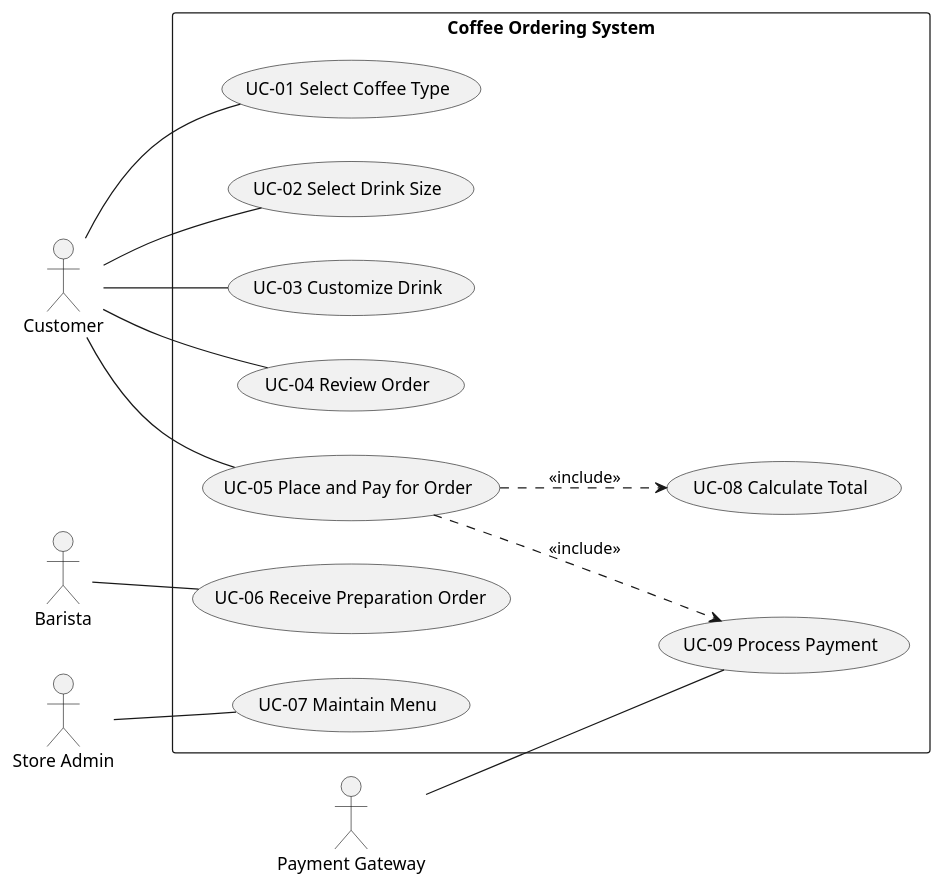
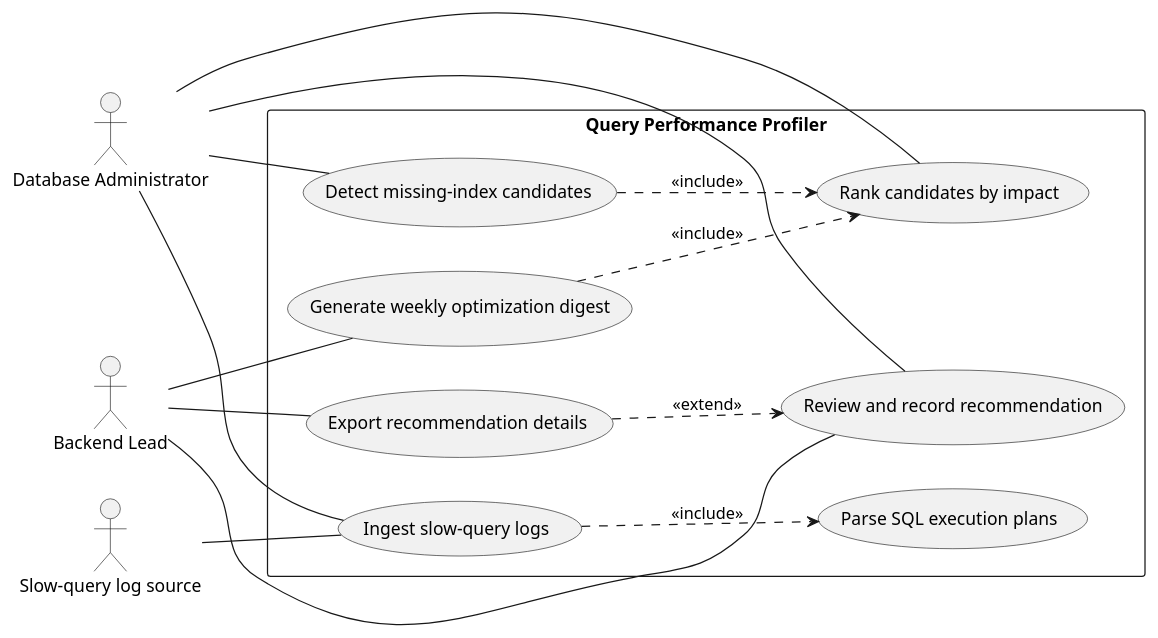
Before and after one commit to Akshay-V6/SE-Lab-Submissions: the diagram in Lab 1/use_case_diagram.puml, drawn with PlantUML. The commit also changed 20 other files, not shown here.

```diff
--- a/Lab 1/use_case_diagram.puml
+++ b/Lab 1/use_case_diagram.puml
@@ -1,28 +1,27 @@
 @startuml
 left to right direction
-actor Customer
-actor "Payment Gateway" as Gateway
-actor Barista
-actor "Store Admin" as Admin
-rectangle "Coffee Ordering System" {
-  usecase "UC-01 Select Coffee Type" as UC01
-  usecase "UC-02 Select Drink Size" as UC02
-  usecase "UC-03 Customize Drink" as UC03
-  usecase "UC-04 Review Order" as UC04
-  usecase "UC-05 Place and Pay for Order" as UC05
-  usecase "UC-06 Receive Preparation Order" as UC06
-  usecase "UC-07 Maintain Menu" as UC07
-  usecase "UC-08 Calculate Total" as UC08
-  usecase "UC-09 Process Payment" as UC09
+actor "Database Administrator" as DBA
+actor "Backend Lead" as Lead
+actor "Slow-query log source" as Logs
+rectangle "Query Performance Profiler" {
+ usecase "Ingest slow-query logs" as Ingest
+ usecase "Parse SQL execution plans" as Parse
+ usecase "Detect missing-index candidates" as Detect
+ usecase "Rank candidates by impact" as Rank
+ usecase "Review and record recommendation" as Review
+ usecase "Generate weekly optimization digest" as Digest
+ usecase "Export recommendation details" as Export
+ Ingest ..> Parse : <<include>>
+ Detect ..> Rank : <<include>>
+ Digest ..> Rank : <<include>>
+ Export ..> Review : <<extend>>
 }
-Customer -- UC01
-Customer -- UC02
-Customer -- UC03
-Customer -- UC04
-Customer -- UC05
-Gateway -- UC09
-Barista -- UC06
-Admin -- UC07
-UC05 ..> UC08 : <<include>>
-UC05 ..> UC09 : <<include>>
+DBA -- Ingest
+DBA -- Detect
+DBA -- Review
+DBA -- Rank
+Lead -- Review
+Lead -- Digest
+Lead -- Export
+Logs -- Ingest
 @enduml
```
